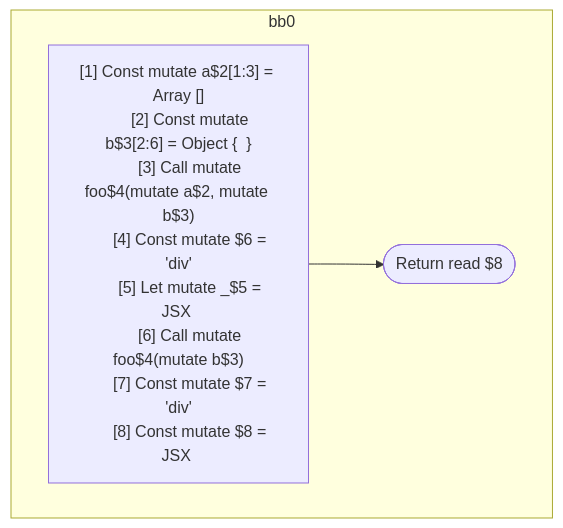
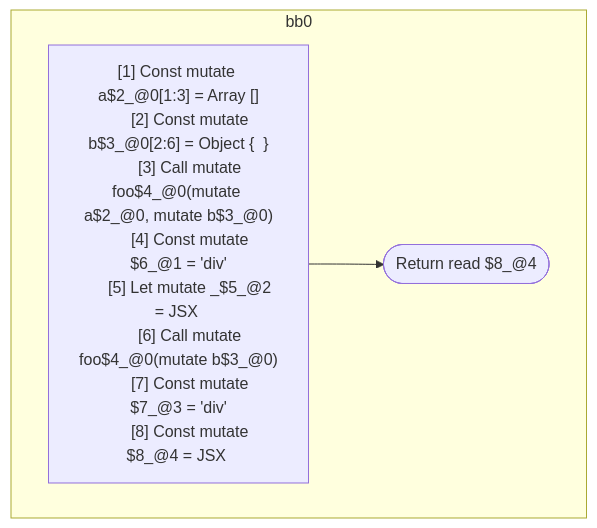
The second of 2 diagrams in compiler/forget/src/__tests__/fixtures/hir/call.expect.md (wutsmog/private), drawn with Mermaid before and after one commit. The commit also changed other lines of this file and 60 other files, not shown here.

````diff
--- a/compiler/forget/src/__tests__/fixtures/hir/call.expect.md
+++ b/compiler/forget/src/__tests__/fixtures/hir/call.expect.md
@@ -63,20 +63,20 @@
 ```mermaid
 flowchart TB
   %% Basic Blocks
   subgraph bb0
     bb0_instrs["
-      [1] Const mutate a$2[1:3] = Array []
-      [2] Const mutate b$3[2:6] = Object {  }
-      [3] Call mutate foo$4(mutate a$2, mutate b$3)
-      [4] Const mutate $6 = 'div'
-      [5] Let mutate _$5 = JSX <read $6 a={freeze a$2} ></read $6>
-      [6] Call mutate foo$4(mutate b$3)
-      [7] Const mutate $7 = 'div'
-      [8] Const mutate $8 = JSX <read $7 a={read a$2} b={freeze b$3} ></read $7>
+      [1] Const mutate a$2_@0[1:3] = Array []
+      [2] Const mutate b$3_@0[2:6] = Object {  }
+      [3] Call mutate foo$4_@0(mutate a$2_@0, mutate b$3_@0)
+      [4] Const mutate $6_@1 = 'div'
+      [5] Let mutate _$5_@2 = JSX <read $6_@1 a={freeze a$2_@0} ></read $6_@1>
+      [6] Call mutate foo$4_@0(mutate b$3_@0)
+      [7] Const mutate $7_@3 = 'div'
+      [8] Const mutate $8_@4 = JSX <read $7_@3 a={read a$2_@0} b={freeze b$3_@0} ></read $7_@3>
     "]
-    bb0_instrs --> bb0_terminal(["Return read $8"])
+    bb0_instrs --> bb0_terminal(["Return read $8_@4"])
   end
 
   %% Jumps
   %% empty
 ```
````
